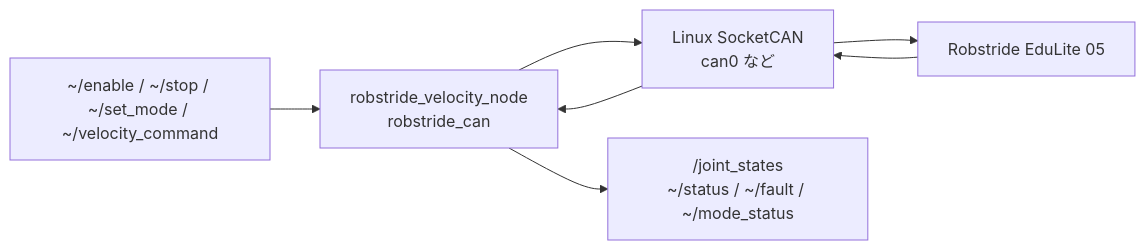
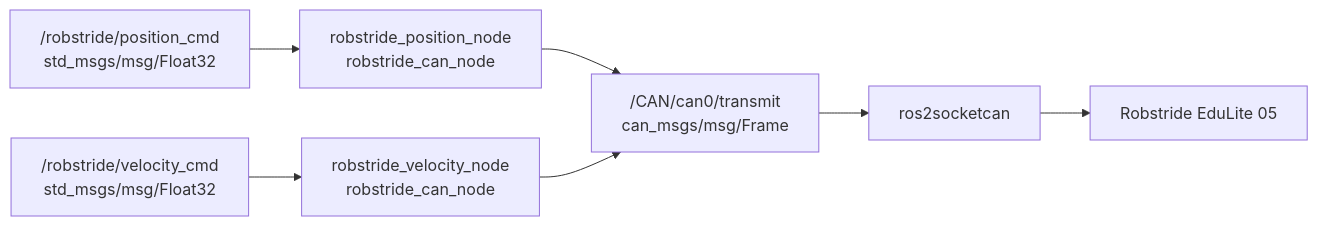
The third of 5 diagrams in ros2_ws/src/README.md (rodep-soft/rox2026), drawn with Mermaid before and after one commit. The commit also changed other lines of this file and 33 other files, not shown here.

````diff
--- a/ros2_ws/src/README.md
+++ b/ros2_ws/src/README.md
@@ -65,12 +65,16 @@
 ```mermaid
 flowchart LR
-  cmd["~/enable / ~/stop / ~/set_mode / ~/velocity_command"]
-  robstride["robstride_velocity_node<br/>robstride_can"]
-  socketcan["Linux SocketCAN<br/>can0 など"]
+  pos_cmd["/robstride/position_cmd<br/>std_msgs/msg/Float32"]
+  vel_cmd["/robstride/velocity_cmd<br/>std_msgs/msg/Float32"]
+  rob_pos["robstride_position_node<br/>robstride_can_node"]
+  rob_vel["robstride_velocity_node<br/>robstride_can_node"]
+  can_tx["/CAN/can0/transmit<br/>can_msgs/msg/Frame"]
+  socketcan["ros2socketcan"]
   motor["Robstride EduLite 05"]
-  feedback["/joint_states<br/>~/status / ~/fault / ~/mode_status"]
 
-  cmd --> robstride
-  robstride --> socketcan --> motor
-  motor --> socketcan --> robstride --> feedback
+  pos_cmd --> rob_pos
+  vel_cmd --> rob_vel
+  rob_pos --> can_tx
+  rob_vel --> can_tx
+  can_tx --> socketcan --> motor
 ```
````
